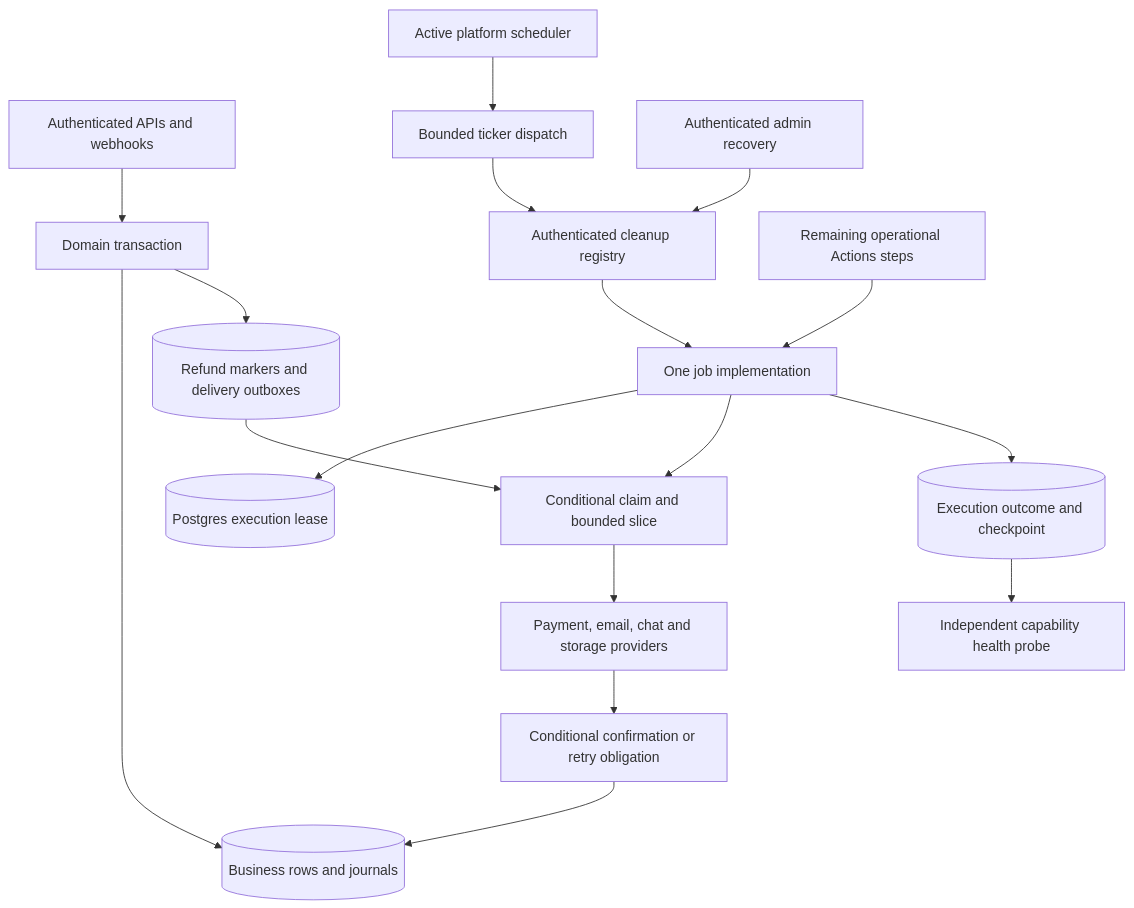
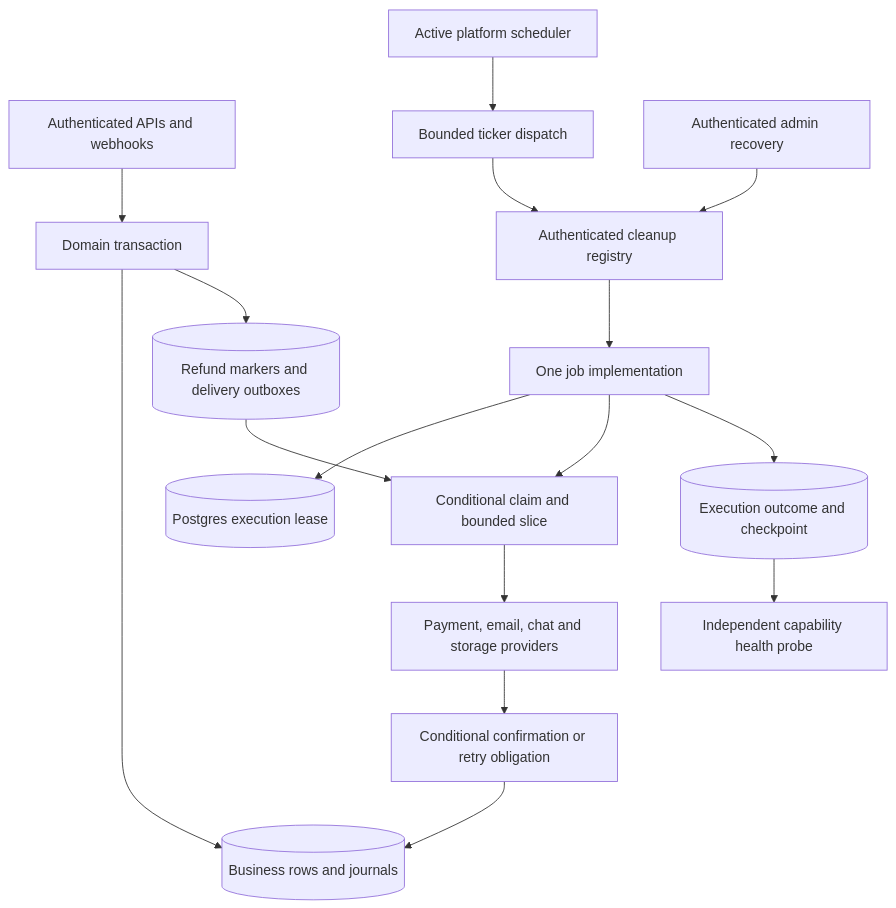
Before and after one commit to Practitionist/familiarise_web: the diagram in docs/start-here/09-infra-and-maintenance-sre-orientation.md, drawn with Mermaid. The commit also changed other lines of this file and 31 other files, not shown here.

````diff
--- a/docs/start-here/09-infra-and-maintenance-sre-orientation.md
+++ b/docs/start-here/09-infra-and-maintenance-sre-orientation.md
@@ -11,19 +13,18 @@
 ```mermaid
 flowchart TD
   API[Authenticated APIs and webhooks] --> TX[Domain transaction]
   TX --> STATE[(Business rows and journals)]
   TX --> OBL[(Refund markers and delivery outboxes)]
   CLOCK[Active platform scheduler] --> TICK[Bounded ticker dispatch]
   TICK --> DOOR[Authenticated cleanup registry]
   ADMIN[Authenticated admin recovery] --> DOOR
-  LEGACY[Remaining operational Actions steps] --> CORE
   DOOR --> CORE[One job implementation]
   CORE --> LEASE[(Postgres execution lease)]
   CORE --> CLAIM[Conditional claim and bounded slice]
   OBL --> CLAIM
   CLAIM --> VENDOR[Payment, email, chat and storage providers]
   VENDOR --> CONFIRM[Conditional confirmation or retry obligation]
   CONFIRM --> STATE
   CORE --> HISTORY[(Execution outcome and checkpoint)]
   HISTORY --> HEALTH[Independent capability health probe]
 ```
````
